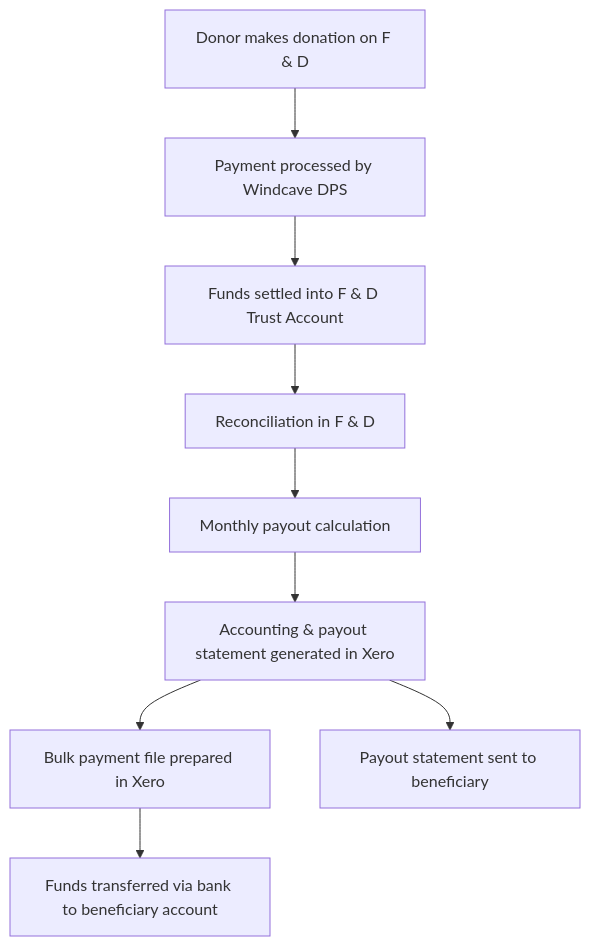
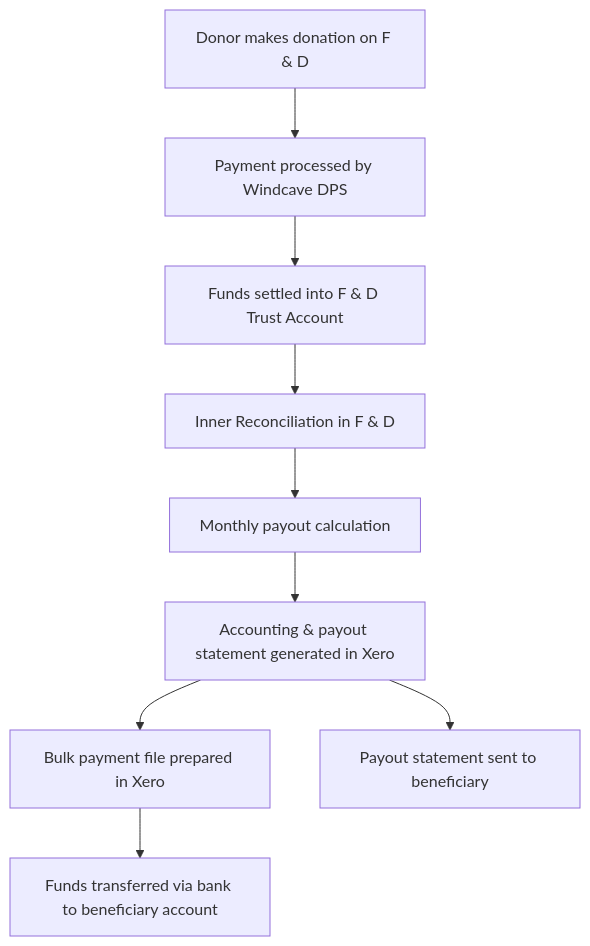
The first of 2 diagrams in _posts/2025-08-05-thinking-in-ddd-applying-ubiquitous-language-to-real-world-financial-workflows.md (oninebx/blog), drawn with Mermaid before and after one commit. The commit also changed other lines of this file and 1 other file, not shown here.

```diff
--- a/_posts/2025-08-05-thinking-in-ddd-applying-ubiquitous-language-to-real-world-financial-workflows.md
+++ b/_posts/2025-08-05-thinking-in-ddd-applying-ubiquitous-language-to-real-world-financial-workflows.md
@@ -28,11 +28,11 @@
 <div class="mermaid">
 flowchart TD
     A[Donor makes donation on F & D] --> B[Payment processed by Windcave DPS]
     B --> C[Funds settled into F & D Trust Account]
-    C --> D[Reconciliation in F & D]
+    C --> D[Inner Reconciliation in F & D]
     D --> E[Monthly payout calculation]
     E --> F[Accounting & payout statement generated in Xero]
     F --> G[Bulk payment file prepared in Xero]
     G --> H[Funds transferred via bank to beneficiary account]
     F --> I[Payout statement sent to beneficiary]
 </div>
```
